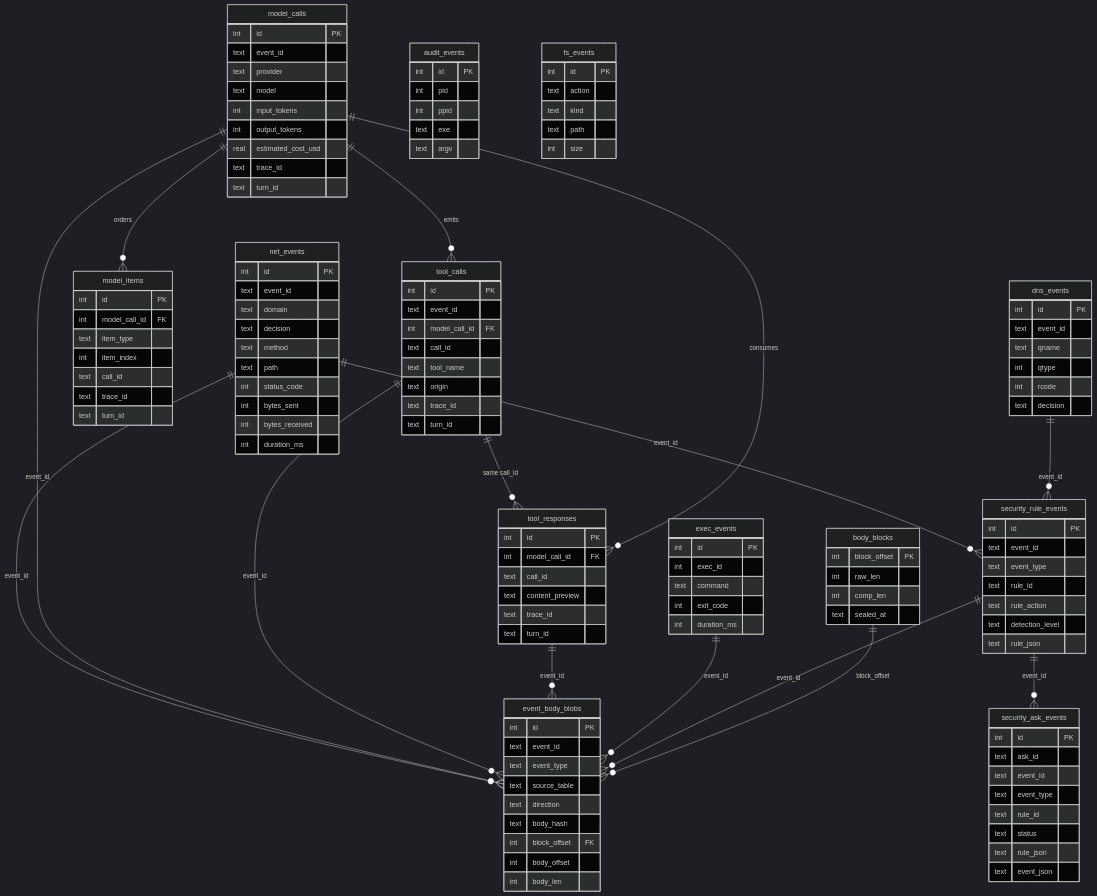
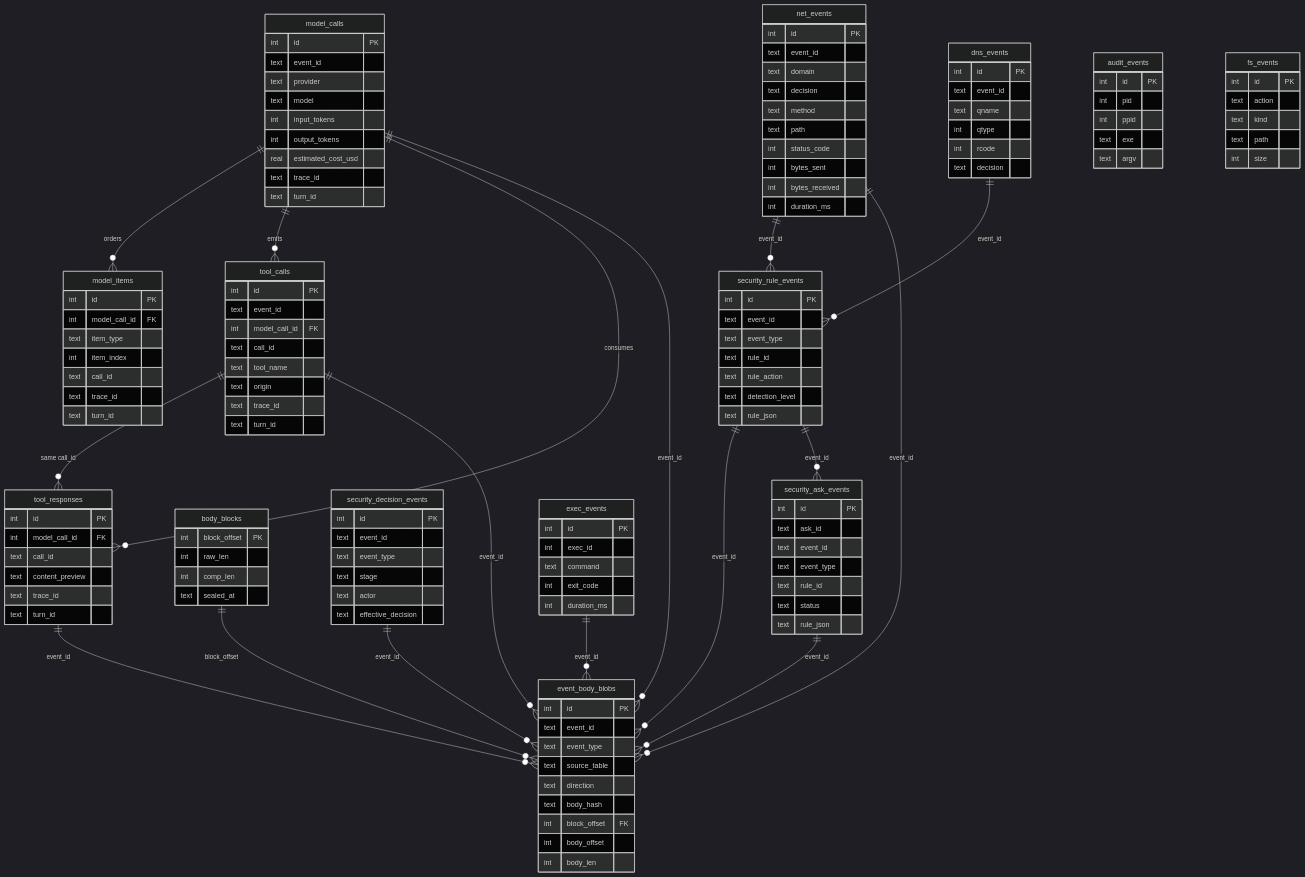
The first of 4 diagrams in web/docs/src/content/docs/architecture/session-telemetry.md (google/capsem), drawn with Mermaid (dark theme) before and after one commit. The commit also changed other lines of this file and 29 other files, not shown here.

```diff
--- a/web/docs/src/content/docs/architecture/session-telemetry.md
+++ b/web/docs/src/content/docs/architecture/session-telemetry.md
@@ -111,6 +111,14 @@
         text detection_level
         text rule_json
     }
+    security_decision_events {
+        int id PK
+        text event_id
+        text event_type
+        text stage
+        text actor
+        text effective_decision
+    }
     security_ask_events {
         int id PK
         text ask_id
@@ -119,7 +127,6 @@
         text rule_id
         text status
         text rule_json
-        text event_json
     }
     exec_events {
         int id PK
@@ -153,6 +160,8 @@
     tool_responses ||--o{ event_body_blobs : "event_id"
     exec_events ||--o{ event_body_blobs : "event_id"
     security_rule_events ||--o{ event_body_blobs : "event_id"
+    security_decision_events ||--o{ event_body_blobs : "event_id"
+    security_ask_events ||--o{ event_body_blobs : "event_id"
     body_blocks ||--o{ event_body_blobs : "block_offset"
     dns_events ||--o{ security_rule_events : "event_id"
     security_rule_events ||--o{ security_ask_events : "event_id"
```
